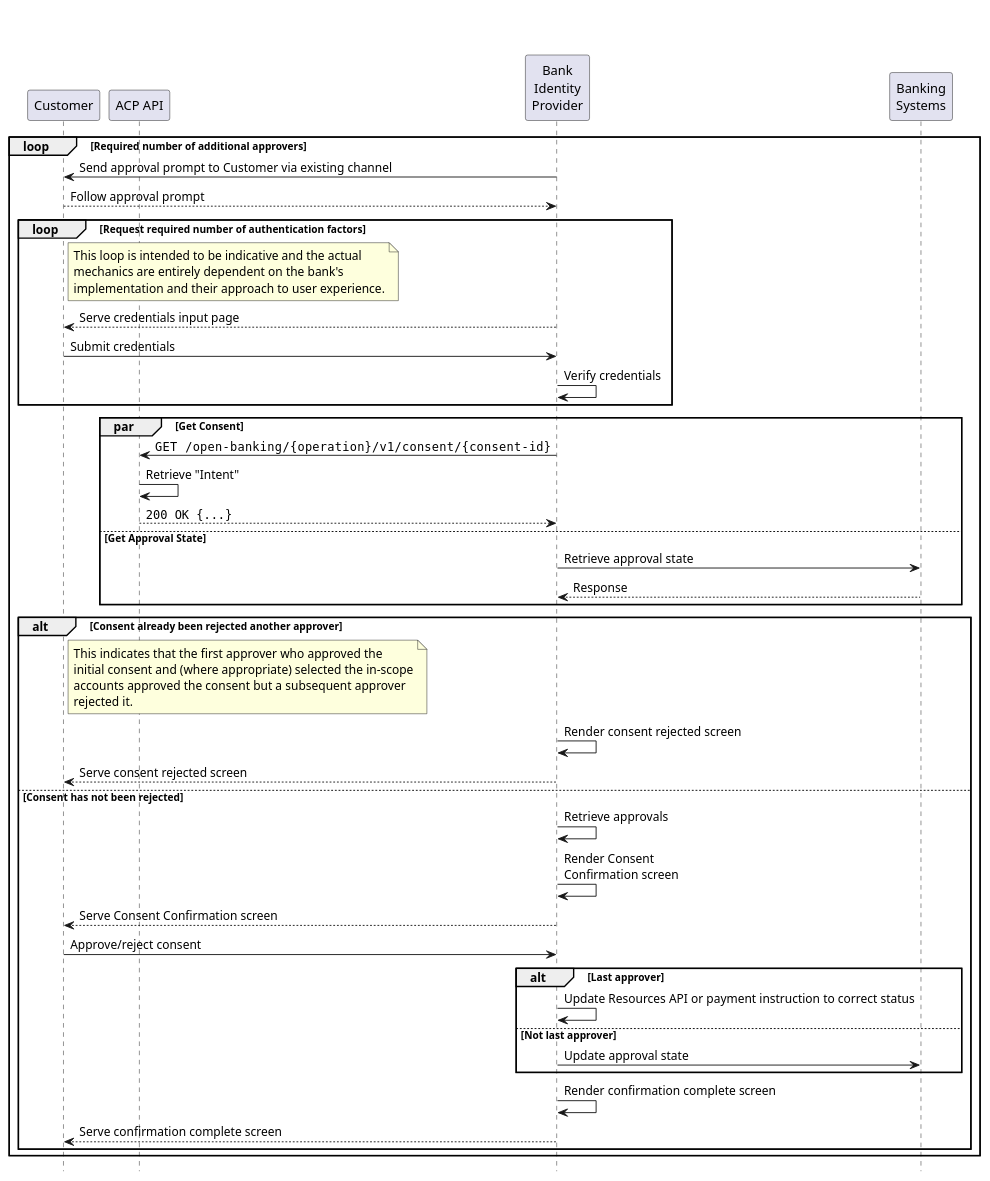
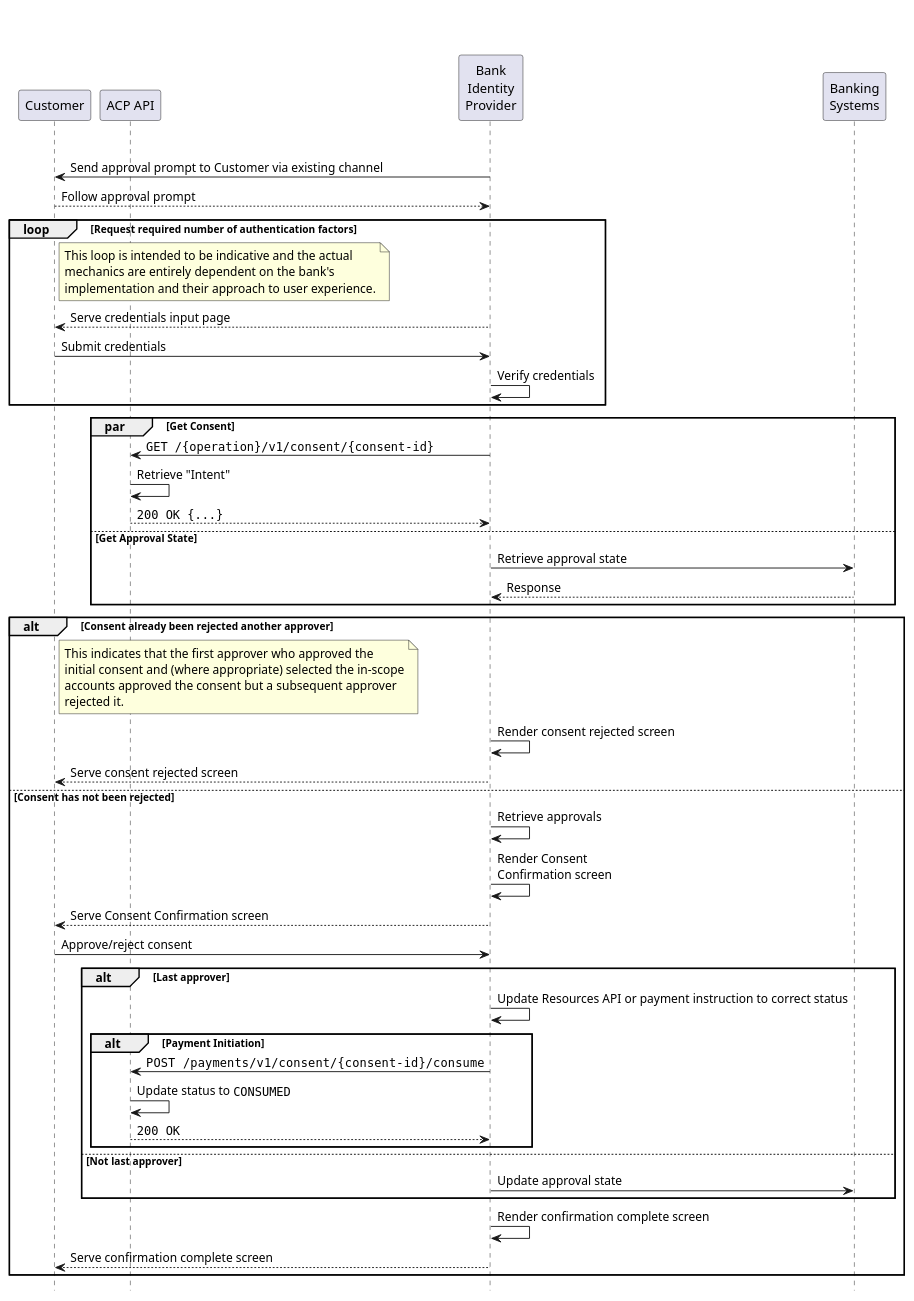
Before and after one commit to Axway/open-banking-docs: the diagram in src/plant-uml/multi-authorization-pattern.puml, drawn with PlantUML. The commit also changed 3 other files, not shown here.

Commit message:
feat: Added CONSUMED status to multi-auth pattern, added scripts for PlantUML conversion

```diff
--- a/src/plant-uml/multi-authorization-pattern.puml
+++ b/src/plant-uml/multi-authorization-pattern.puml
@@ -1,84 +1,87 @@
 @startuml Multi_Authorization_Pattern
 
 title \n
 
 participant "Customer" as PSU
 participant "ACP API" as CONSENT
 participant "Bank\nIdentity\nProvider" as ASPSP_WEB
 participant "Banking\nSystems" as ASPSP_API
 
 hide footbox
 
 loop Required number of additional approvers
 
 PSU <- ASPSP_WEB: Send approval prompt to Customer via existing channel
 PSU --> ASPSP_WEB: Follow approval prompt
 
 loop Request required number of authentication factors
 
 note right of PSU
 This loop is intended to be indicative and the actual
 mechanics are entirely dependent on the bank's
 implementation and their approach to user experience.
 end note
 
 PSU <-- ASPSP_WEB: Serve credentials input page
 PSU -> ASPSP_WEB: Submit credentials
 ASPSP_WEB -> ASPSP_WEB: Verify credentials
 
 end loop
 
 par Get Consent
 
-ASPSP_WEB -> CONSENT: ""GET ​/open-banking​/{operation}/v1/consent/{consent-id}""
+ASPSP_WEB -> CONSENT: ""GET /{operation}/v1/consent/{consent-id}""
 CONSENT -> CONSENT: Retrieve "Intent"
 ASPSP_WEB <-- CONSENT: ""200 OK {...}""
 
 else Get Approval State
 
 ASPSP_WEB -> ASPSP_API: Retrieve approval state
 ASPSP_WEB <-- ASPSP_API: Response
 
-end alt
+end par
 
 alt Consent already been rejected another approver
 
 note right of PSU
 This indicates that the first approver who approved the
 initial consent and (where appropriate) selected the in-scope
 accounts approved the consent but a subsequent approver
 rejected it.
 end note
 
 ASPSP_WEB -> ASPSP_WEB: Render consent rejected screen
 PSU <-- ASPSP_WEB: Serve consent rejected screen
 
 else Consent has not been rejected
 
 ASPSP_WEB -> ASPSP_WEB: Retrieve approvals
 
 ASPSP_WEB -> ASPSP_WEB: Render Consent\nConfirmation screen
 PSU <-- ASPSP_WEB: Serve Consent Confirmation screen
 
 
 PSU -> ASPSP_WEB: Approve/reject consent
 
 alt Last approver
 
 ASPSP_WEB -> ASPSP_WEB: Update Resources API or payment instruction to correct status
 
+alt Payment Initiation
+ASPSP_WEB -> CONSENT: ""POST ​/payments/v1/consent/{consent-id}/consume""
+CONSENT -> CONSENT: Update status to ""CONSUMED""
+ASPSP_WEB <-- CONSENT: ""200 OK""
+end alt
+
 else Not last approver
 
 ASPSP_WEB -> ASPSP_API: Update approval state
 
 end alt
 
 ASPSP_WEB -> ASPSP_WEB: Render confirmation complete screen
 PSU <-- ASPSP_WEB: Serve confirmation complete screen
 
-
-end loop
-
 end loop
 
 @enduml
```
